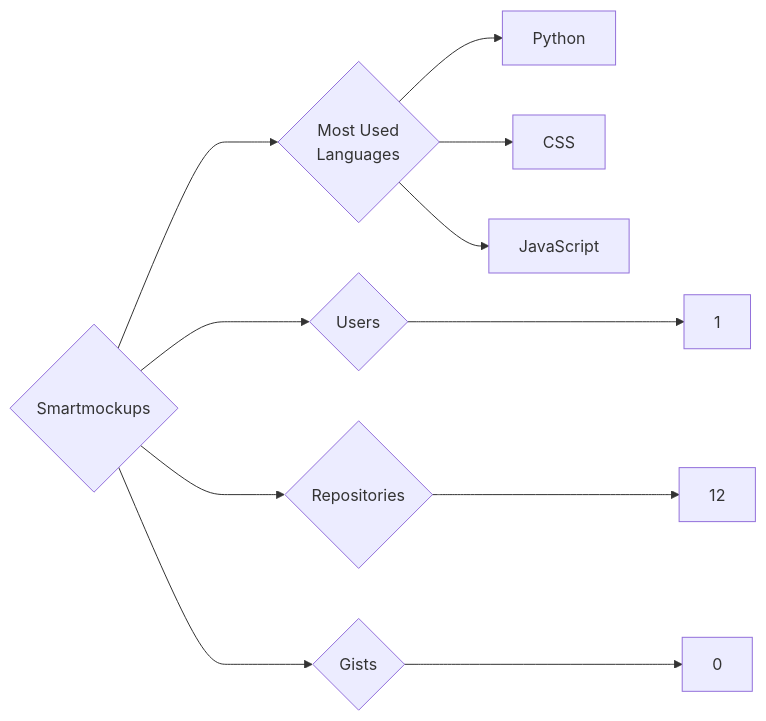
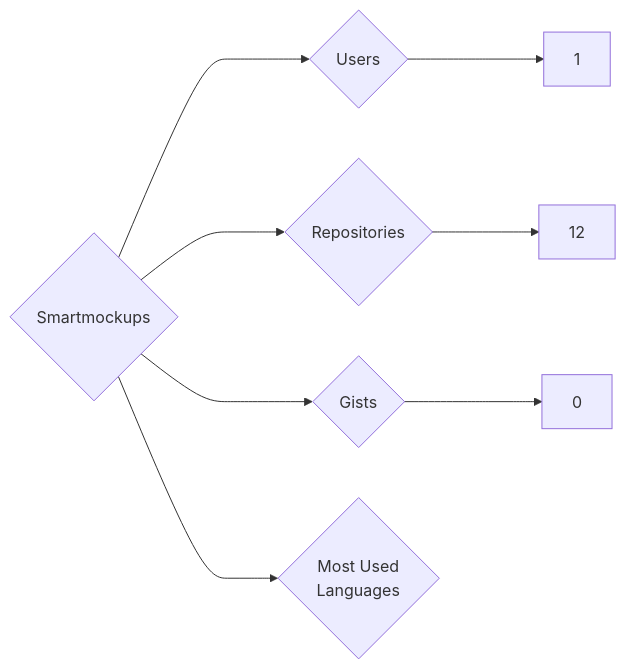
One commit to trickest/insiders changed the diagram in targets/Smartmockups/README.md. Above: the diagram before and after it, drawn with Mermaid. The commit also changed 860 other files, not shown here.

````diff
--- a/targets/Smartmockups/README.md
+++ b/targets/Smartmockups/README.md
@@ -3,11 +3,8 @@
 ```mermaid
 graph LR
 COMPANY_NAME{Smartmockups}
 COMPANY_NAME ---> U{Users} ---> UN[1]
 COMPANY_NAME ---> R{Repositories} ---> RN[12]
 COMPANY_NAME ---> G{Gists} ---> GN[0]
 COMPANY_NAME ---> ML{Most Used<br>Languages}
-ML --> Python[Python]
-ML --> CSS[CSS]
-ML --> JavaScript[JavaScript]
 ```
````
